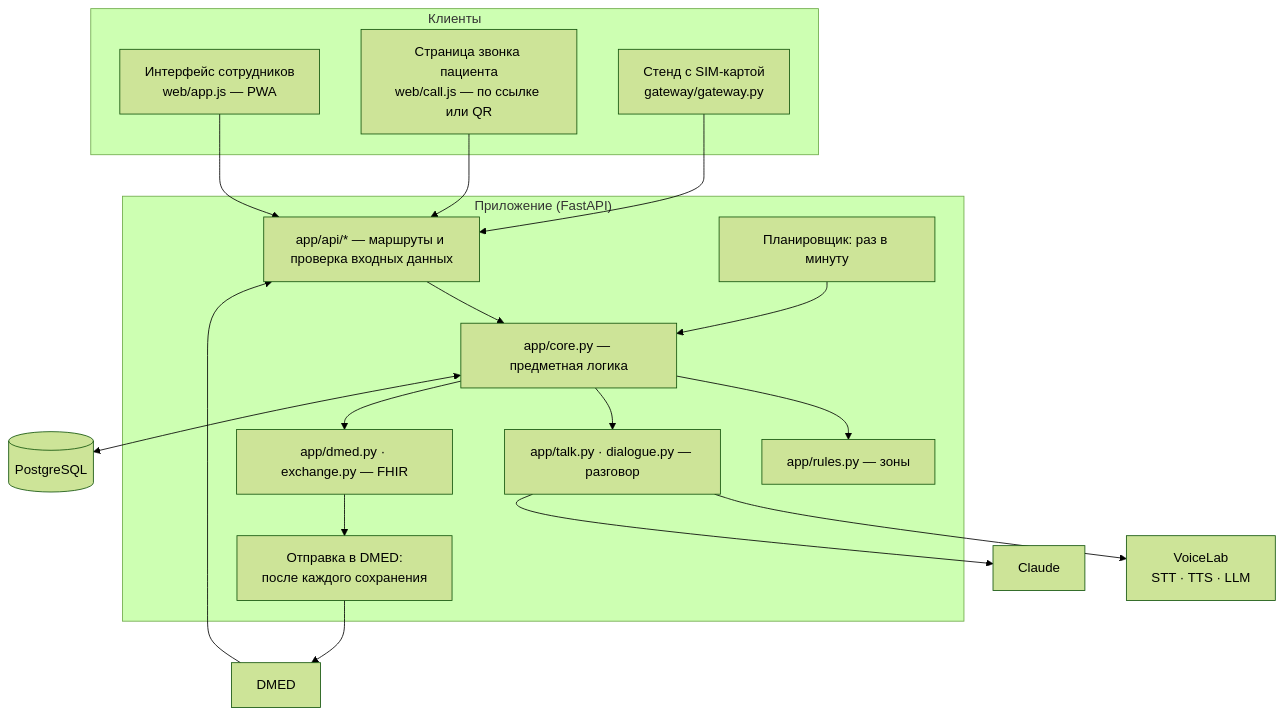
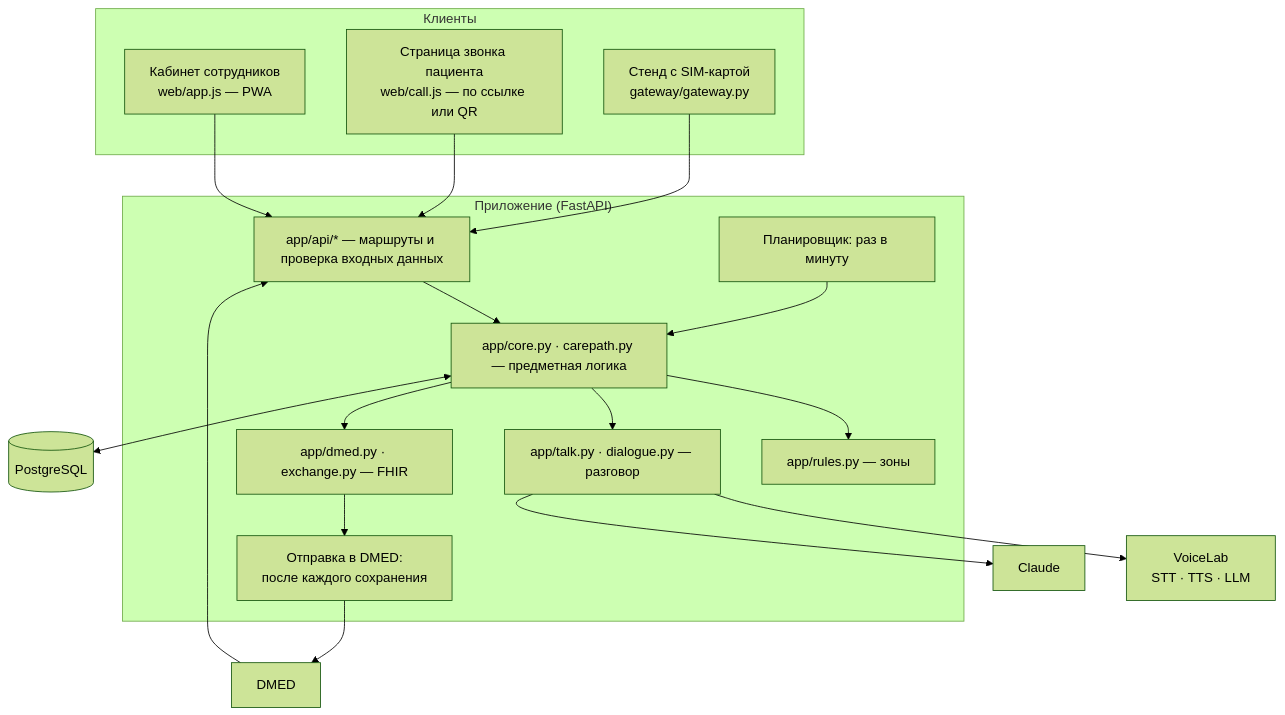
The diagram in docs/architecture.md (emilkadelaetsuuur/mehr-ai), drawn with Mermaid (forest theme) before and after one commit. The commit also changed other lines of this file and 18 other files, not shown here.

````diff
--- a/docs/architecture.md
+++ b/docs/architecture.md
@@ -5,28 +5,28 @@
 ```mermaid
 flowchart TB
   subgraph CL0["Клиенты"]
-    W["Интерфейс сотрудников<br/>web/app.js — PWA"]
+    W["Кабинет сотрудников<br/>web/app.js — PWA"]
     P["Страница звонка пациента<br/>web/call.js — по ссылке или QR"]
     G["Стенд с SIM-картой<br/>gateway/gateway.py"]
   end
   subgraph APP["Приложение (FastAPI)"]
     A["app/api/* — маршруты и проверка входных данных"]
-    C["app/core.py — предметная логика"]
+    C["app/core.py · carepath.py — предметная логика"]
     R["app/rules.py — зоны"]
     T["app/talk.py · dialogue.py — разговор"]
     X["app/dmed.py · exchange.py — FHIR"]
     S["Планировщик: раз в минуту"]
     O["Отправка в DMED:<br/>после каждого сохранения"]
   end
   DB[("PostgreSQL")]
   VL["VoiceLab<br/>STT · TTS · LLM"]
   CL["Claude"]
   DM["DMED"]
   W & P & G --> A --> C
   C --> R & T & X
   C <--> DB
   T --> VL & CL
   X --> O --> DM
   DM --> A
   S --> C
 ```
````
